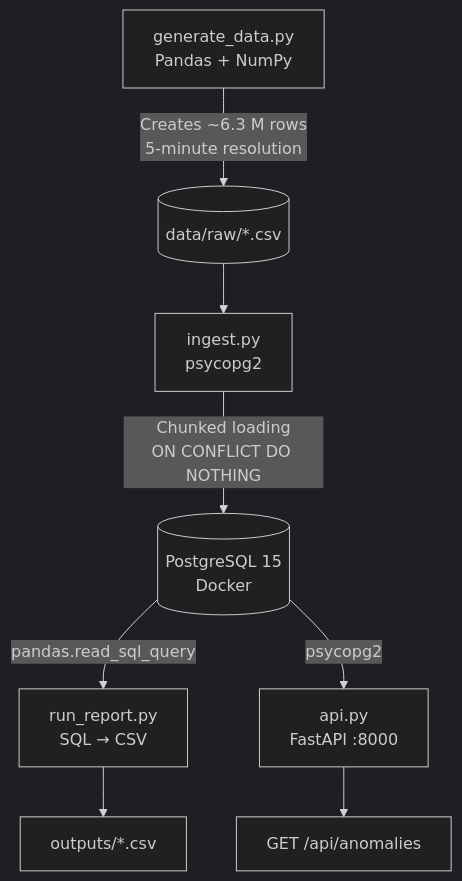
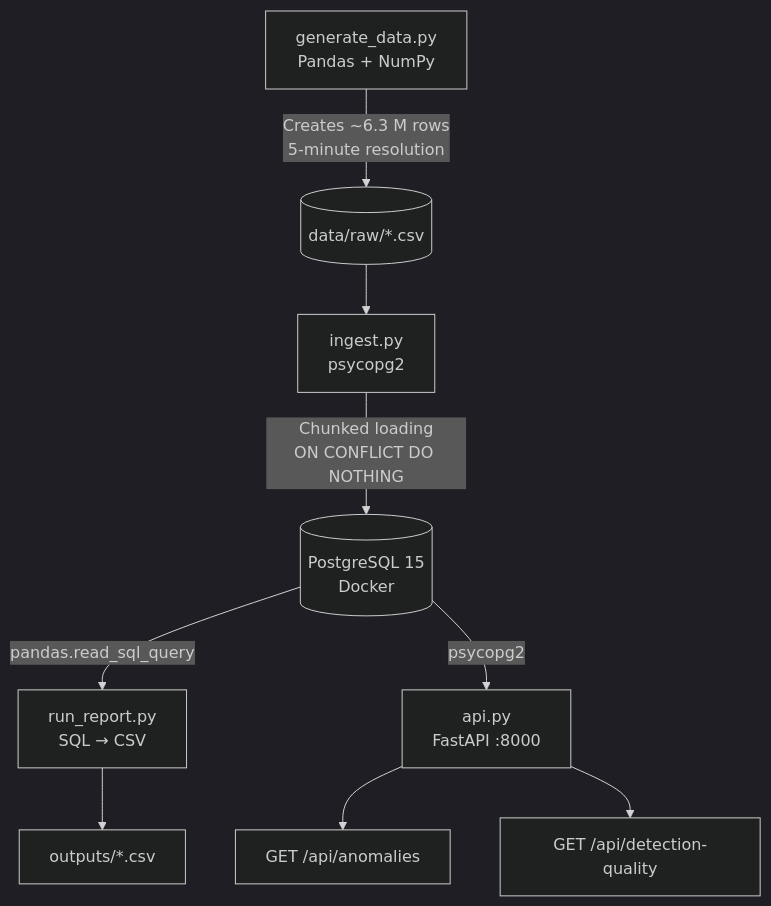
The first of 2 diagrams in README.md (miladgk/industrial-energy-sql-pipeline), drawn with Mermaid (dark theme) before and after one commit. The commit also changed other lines of this file and 5 other files, not shown here.

````diff
--- a/README.md
+++ b/README.md
@@ -20,10 +20,11 @@
 ```mermaid
 flowchart TD
     A[generate_data.py<br/>Pandas + NumPy] -->|Creates ~6.3 M rows<br/>5-minute resolution| B[(data/raw/*.csv)]
     B --> C[ingest.py<br/>psycopg2]
     C -->|Chunked loading<br/>ON CONFLICT DO NOTHING| D[(PostgreSQL 15<br/>Docker)]
     D -->|pandas.read_sql_query| E[run_report.py<br/>SQL → CSV]
     E --> F[outputs/*.csv]
     D -->|psycopg2| G[api.py<br/>FastAPI :8000]
     G --> H[GET /api/anomalies]
+    G --> I[GET /api/detection-quality]
 ```
````
